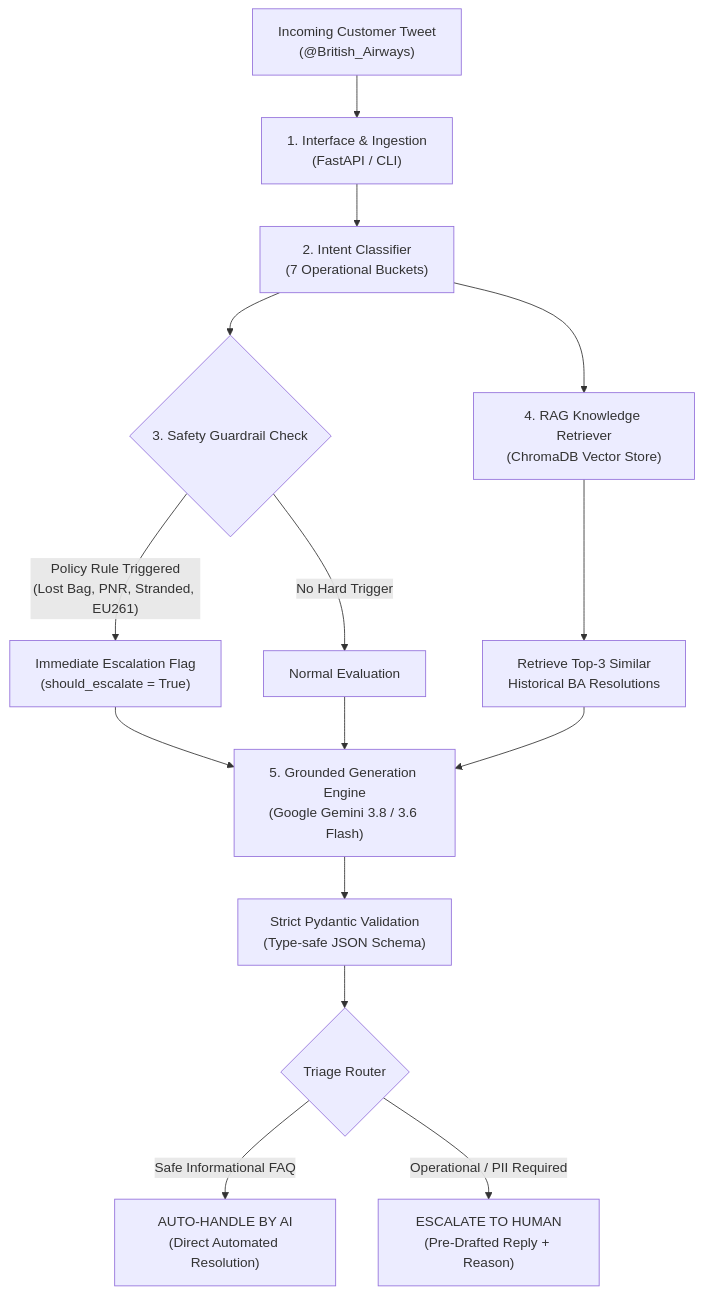
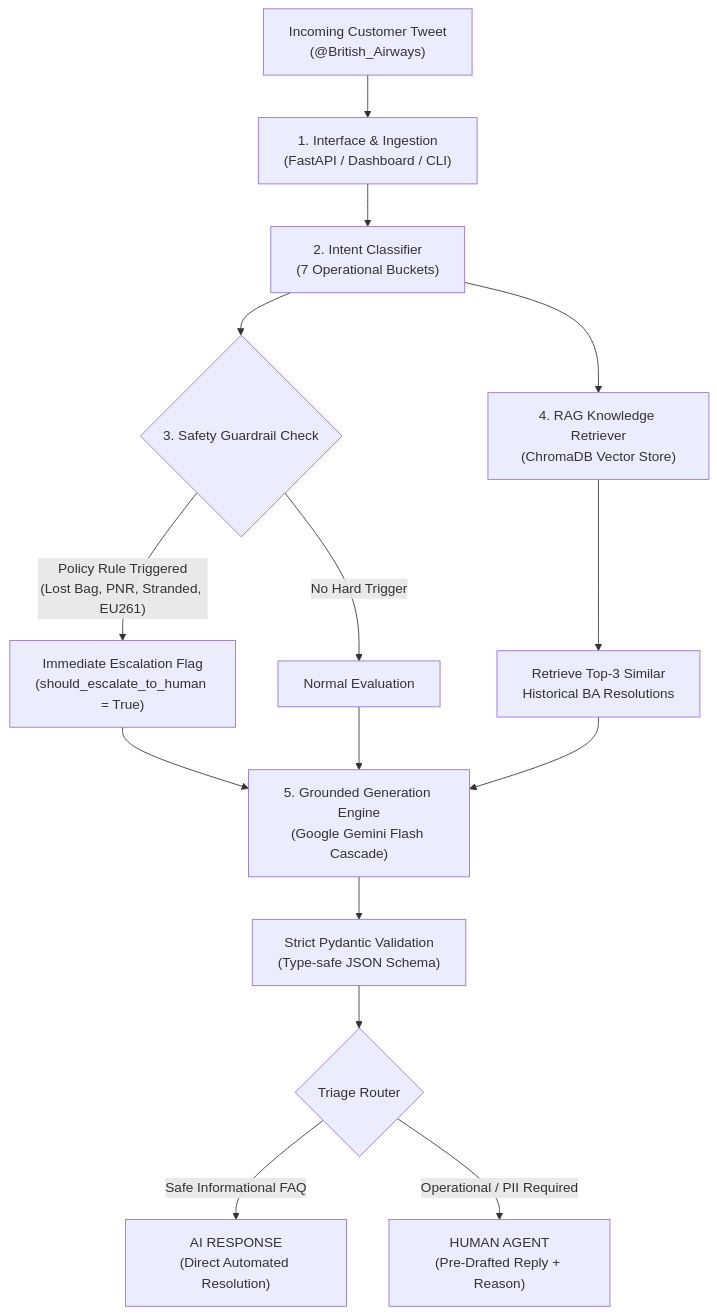
One commit to Nikhil4002-50-82/Hiver-Assignment changed the first of 3 diagrams in docs/Architecture.md. Above: the diagram before and after it, drawn with Mermaid. The commit also changed other lines of this file and 7 other files, not shown here.

````diff
--- a/docs/Architecture.md
+++ b/docs/Architecture.md
@@ -56,24 +56,24 @@
 ```mermaid
 flowchart TD
-    A["Incoming Customer Tweet\n(@British_Airways)"] --> B["1. Interface & Ingestion\n(FastAPI / CLI)"]
+    A["Incoming Customer Tweet\n(@British_Airways)"] --> B["1. Interface & Ingestion\n(FastAPI / Dashboard / CLI)"]
     
     B --> C["2. Intent Classifier\n(7 Operational Buckets)"]
     
     C --> D{"3. Safety Guardrail Check"}
     
-    D -- "Policy Rule Triggered\n(Lost Bag, PNR, Stranded, EU261)" --> E["Immediate Escalation Flag\n(should_escalate = True)"]
+    D -- "Policy Rule Triggered\n(Lost Bag, PNR, Stranded, EU261)" --> E["Immediate Escalation Flag\n(should_escalate_to_human = True)"]
     D -- "No Hard Trigger" --> F["Normal Evaluation"]
     
     C --> G["4. RAG Knowledge Retriever\n(ChromaDB Vector Store)"]
     G --> H["Retrieve Top-3 Similar\nHistorical BA Resolutions"]
     
-    E --> I["5. Grounded Generation Engine\n(Google Gemini 3.8 / 3.6 Flash)"]
+    E --> I["5. Grounded Generation Engine\n(Google Gemini Flash Cascade)"]
     F --> I
     H --> I
     
     I --> J["Strict Pydantic Validation\n(Type-safe JSON Schema)"]
     
     J --> K{"Triage Router"}
-    K -- "Safe Informational FAQ" --> L["AUTO-HANDLE BY AI\n(Direct Automated Resolution)"]
-    K -- "Operational / PII Required" --> M["ESCALATE TO HUMAN\n(Pre-Drafted Reply + Reason)"]
+    K -- "Safe Informational FAQ" --> L["AI RESPONSE\n(Direct Automated Resolution)"]
+    K -- "Operational / PII Required" --> M["HUMAN AGENT\n(Pre-Drafted Reply + Reason)"]
 ```
````
